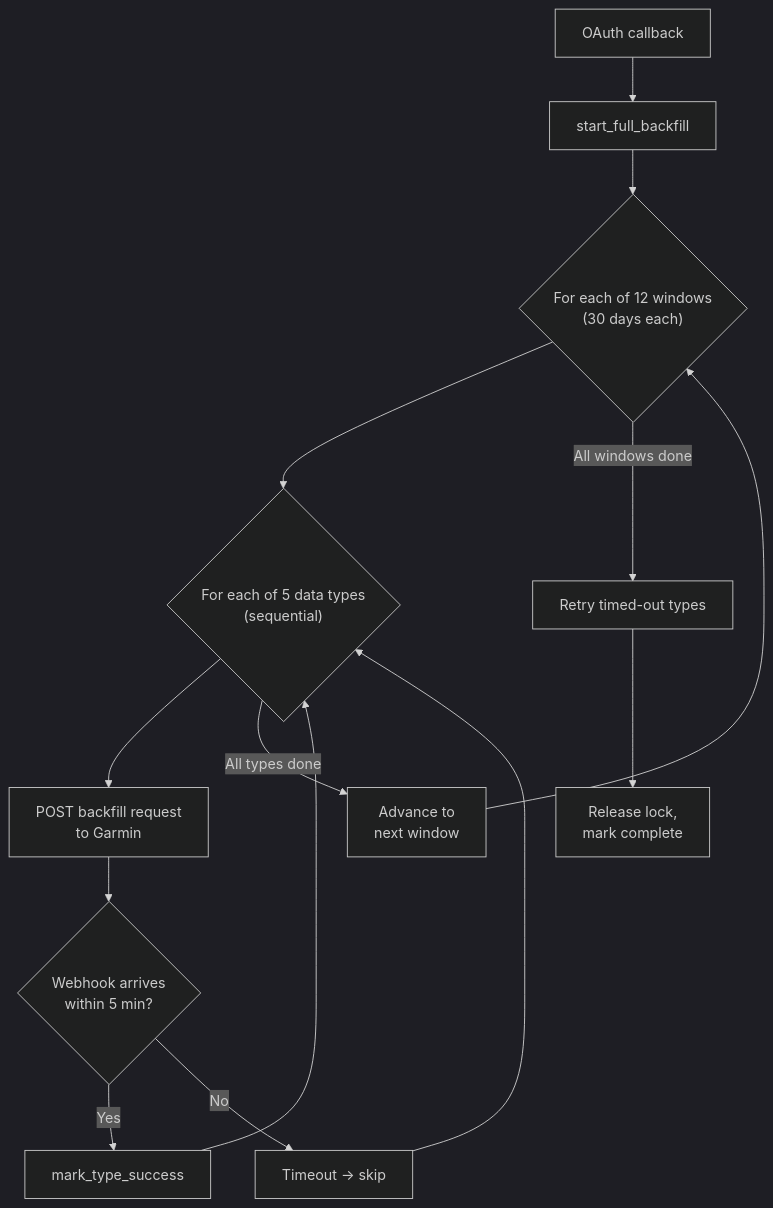
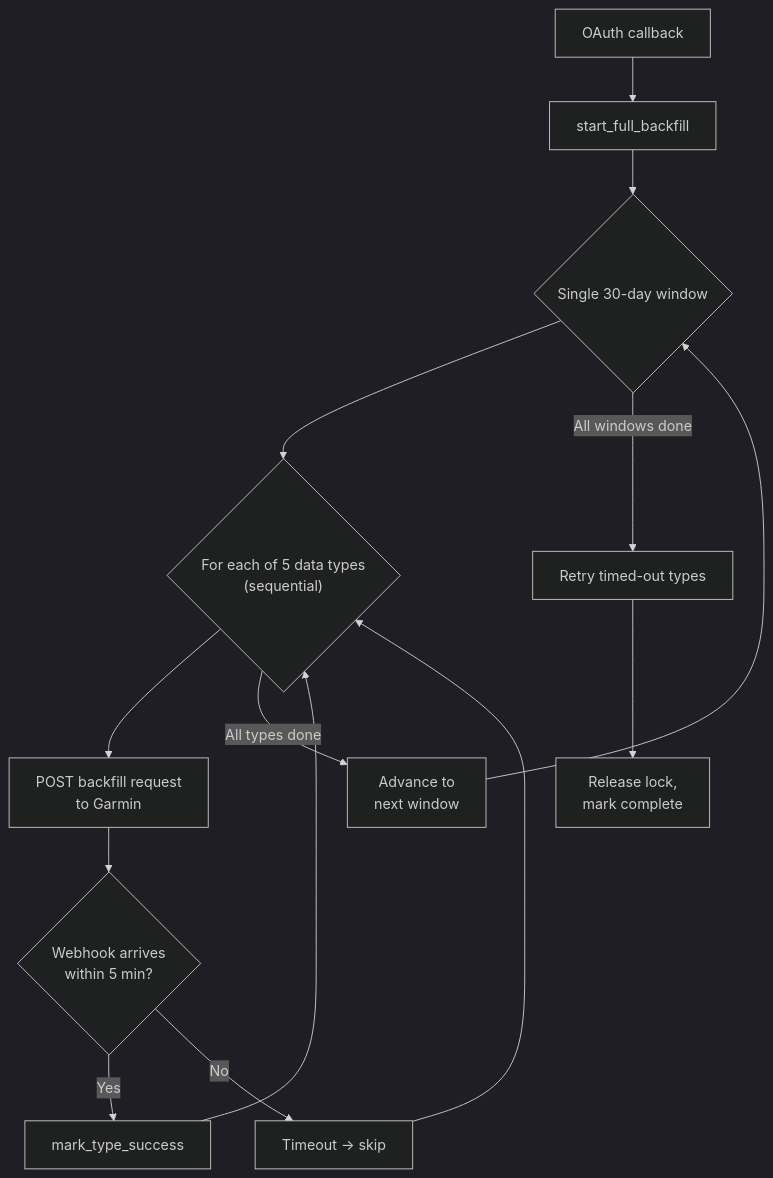
The third of 6 diagrams in services/wearables/docs/providers/garmin-data-pipeline.mdx (Aamrut-Inc/AyuOS), drawn with Mermaid (dark theme) before and after one commit. The commit also changed other lines of this file and 4 other files, not shown here.

````diff
--- a/services/wearables/docs/providers/garmin-data-pipeline.mdx
+++ b/services/wearables/docs/providers/garmin-data-pipeline.mdx
@@ -36,16 +36,16 @@
 ```mermaid
 graph TD
     A["OAuth callback"] --> B["start_full_backfill"]
-    B --> C{"For each of 12 windows<br/>(30 days each)"}
+    B --> C{"Single 30-day window"}
     C --> D{"For each of 5 data types<br/>(sequential)"}
     D --> E["POST backfill request<br/>to Garmin"]
     E --> F{"Webhook arrives<br/>within 5 min?"}
     F -->|"Yes"| G["mark_type_success"]
     F -->|"No"| H["Timeout → skip"]
     G --> D
     H --> D
     D -->|"All types done"| I["Advance to<br/>next window"]
     I --> C
     C -->|"All windows done"| J["Retry timed-out types"]
     J --> K["Release lock,<br/>mark complete"]
 ```
````
